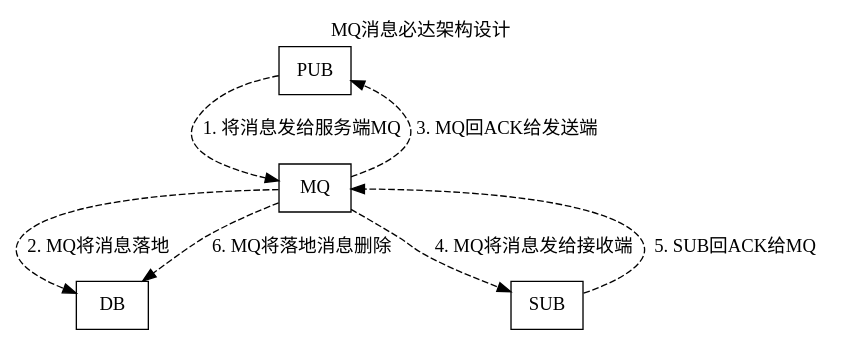
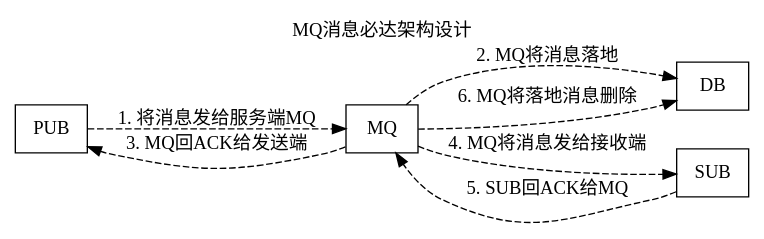
Before and after one commit to warriorg/notes: the diagram in dot/MQ消息必达.dot, drawn with Graphviz. The commit also changed 19 other files, not shown here.

```diff
--- a/dot/MQ消息必达.dot
+++ b/dot/MQ消息必达.dot
@@ -1,15 +1,19 @@
 digraph G {
+    rankdir = LR
+
     node [shape="record"];
     edge [style="dashed"];
+
+  
 
     label = "MQ消息必达架构设计";
     labelloc = "t";
 
     PUB->MQ[label="1. 将消息发给服务端MQ"]
     MQ->DB [label="2. MQ将消息落地"]
     MQ->PUB[label="3. MQ回ACK给发送端"]
     MQ->SUB[label="4. MQ将消息发给接收端"]
     SUB->MQ[label="5. SUB回ACK给MQ"] 
     MQ->DB[label="6. MQ将落地消息删除"]
     
 }
```
